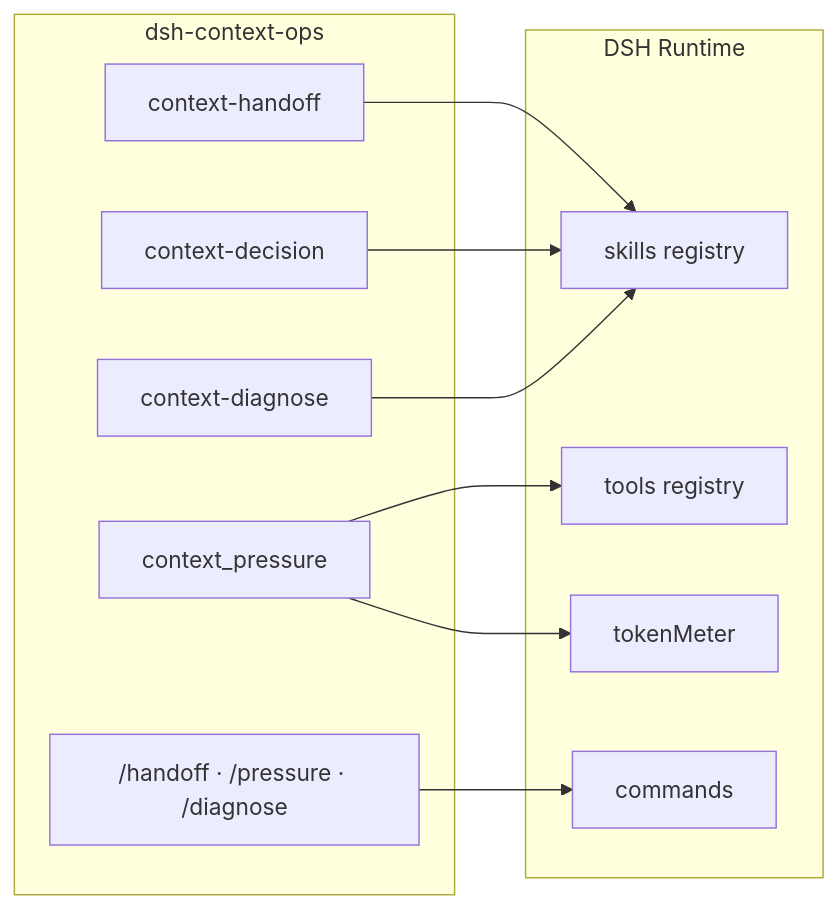
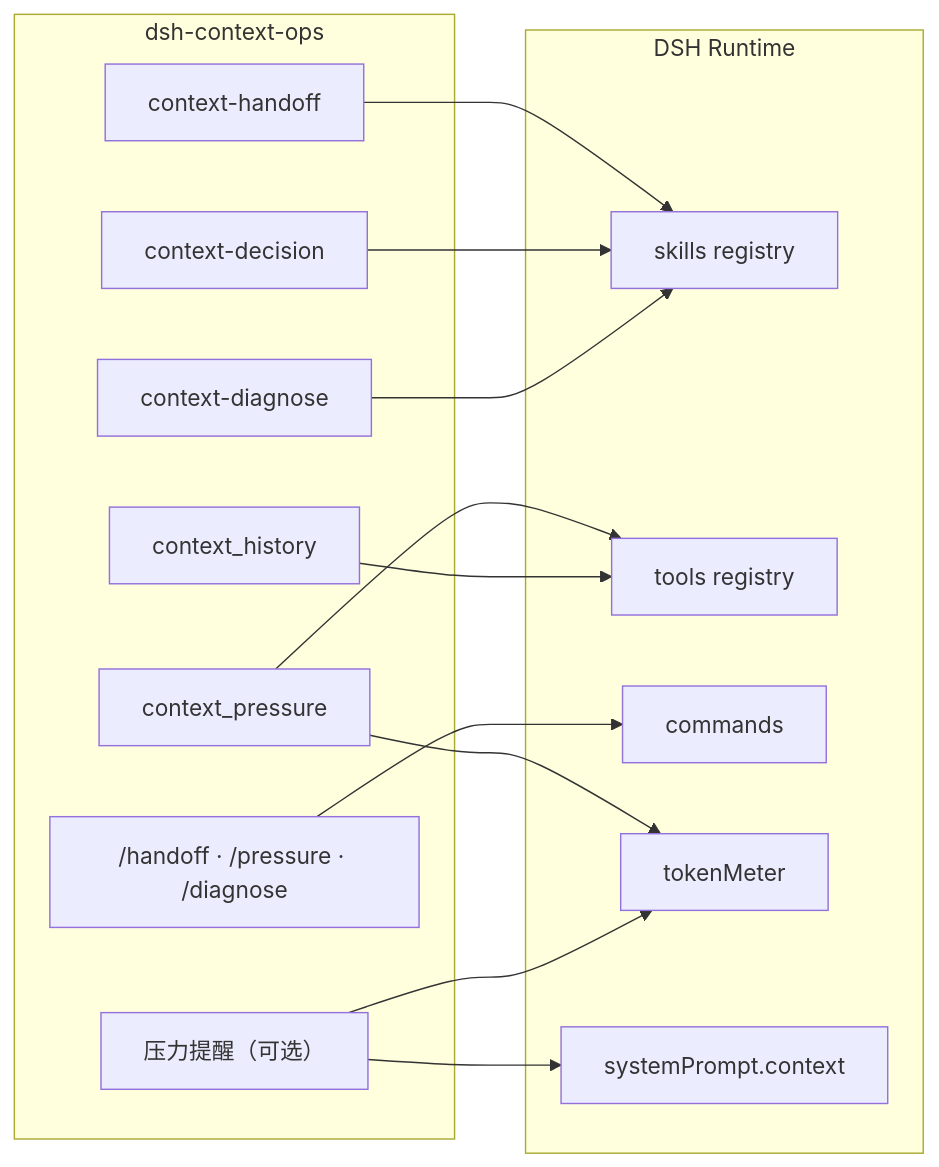
Before and after one commit to OnebugIS/dsh-context-ops: the first of 2 diagrams in README.md, drawn with Mermaid. The commit also changed other lines of this file and 13 other files, not shown here.

````diff
--- a/README.md
+++ b/README.md
@@ -139,22 +175,28 @@
 ```mermaid
 flowchart LR
     subgraph DSH["DSH Runtime"]
         S[skills registry]
         T[tools registry]
         C[commands]
         M[tokenMeter]
+        SP[systemPrompt.context]
     end
     subgraph P["dsh-context-ops"]
         H["context-handoff"]
         D["context-decision"]
         G["context-diagnose"]
         PT["context_pressure"]
+        HT["context_history"]
         CM["/handoff · /pressure · /diagnose"]
+        RM["压力提醒（可选）"]
     end
     H --> S
     D --> S
     G --> S
     PT --> T
+    HT --> T
     PT --> M
     CM --> C
+    RM --> SP
+    RM --> M
 ```
````
